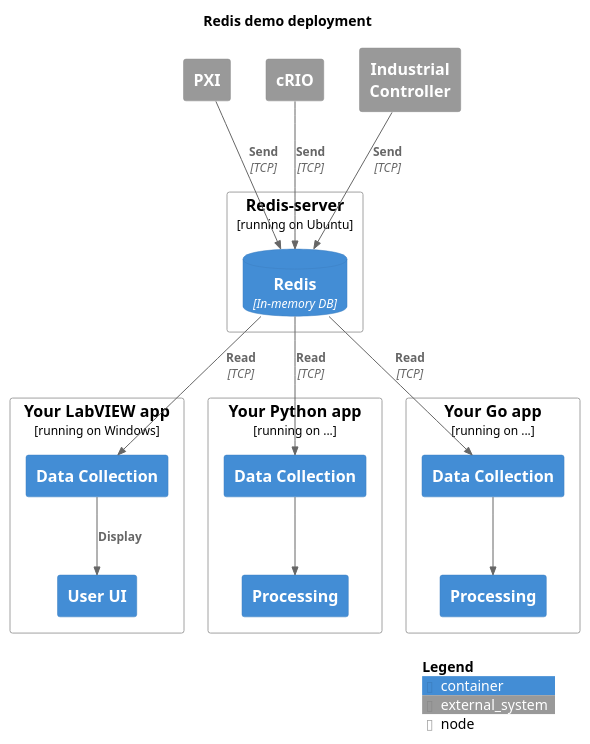
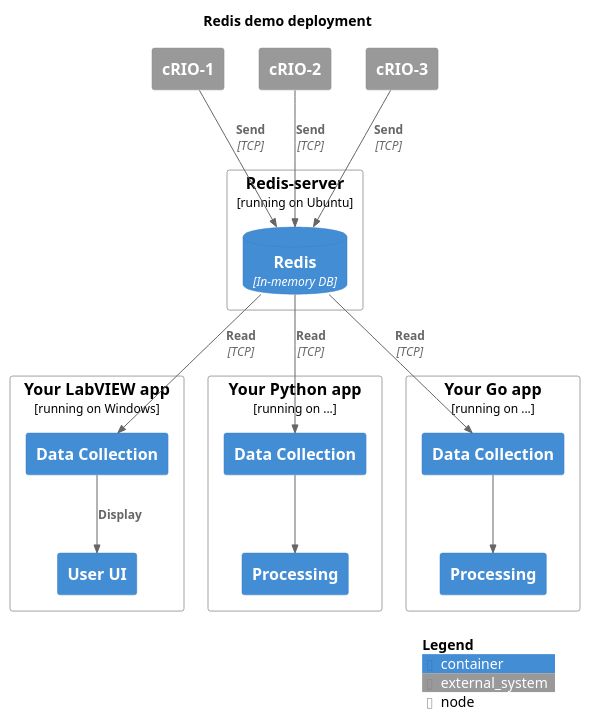
Before and after one commit to AntoineChalons/lv-redis: the diagram in presentation/doc/deployment.puml, drawn with PlantUML.

Commit message:
improve diagram

```diff
--- a/presentation/doc/deployment.puml
+++ b/presentation/doc/deployment.puml
@@ -1,43 +1,43 @@
 @startuml redis-demo-deployment
   !include https://raw.githubusercontent.com/plantuml-stdlib/C4-PlantUML/master/C4_Deployment.puml
 'LAYOUT_LANDSCAPE()
 LAYOUT_WITH_LEGEND()
 
 title Redis demo deployment
 
 Deployment_Node(redis-server, "Redis-server", "running on Ubuntu"){
     ContainerDb(redis, "Redis", "In-memory DB")
 }
 
 Deployment_Node(lv, "Your LabVIEW app", "running on Windows"){
     Container(lv_ta, "Data Collection", "")
     Container(lv_ui, "User UI", "")
 }
 
 Deployment_Node(py, "Your Python app", "running on ..."){
     Container(py_ta, "Data Collection", "")
     Container(py_proc, "Processing", "")
 }
 
 Deployment_Node(go, "Your Go app", "running on ..."){
     Container(go_ta, "Data Collection", "")
     Container(go_proc, "Processing", "")
 }
 
-System_Ext(pxi, "PXI")
-System_Ext(crio, "cRIO")
-System_Ext(ic, "Industrial\nController")
+System_Ext(crio_1, "cRIO-1")
+System_Ext(crio_2, "cRIO-2")
+System_Ext(crio_3, "cRIO-3")
 
-Rel(pxi, redis, "Send", "TCP")
-Rel(crio, redis, "Send", "TCP")
-Rel(ic, redis, "Send", "TCP")
+Rel(crio_1, redis, "Send", "TCP")
+Rel(crio_2, redis, "Send", "TCP")
+Rel(crio_3, redis, "Send", "TCP")
 
 Rel(redis, lv_ta, "Read", "TCP")
 Rel(lv_ta, lv_ui, "Display")
 Rel(redis, py_ta, "Read", "TCP")
 Rel(py_ta, py_proc, "")
 Rel(redis, go_ta, "Read", "TCP")
 Rel(go_ta, go_proc, "")
 
 SHOW_LEGEND()
 @enduml
```
